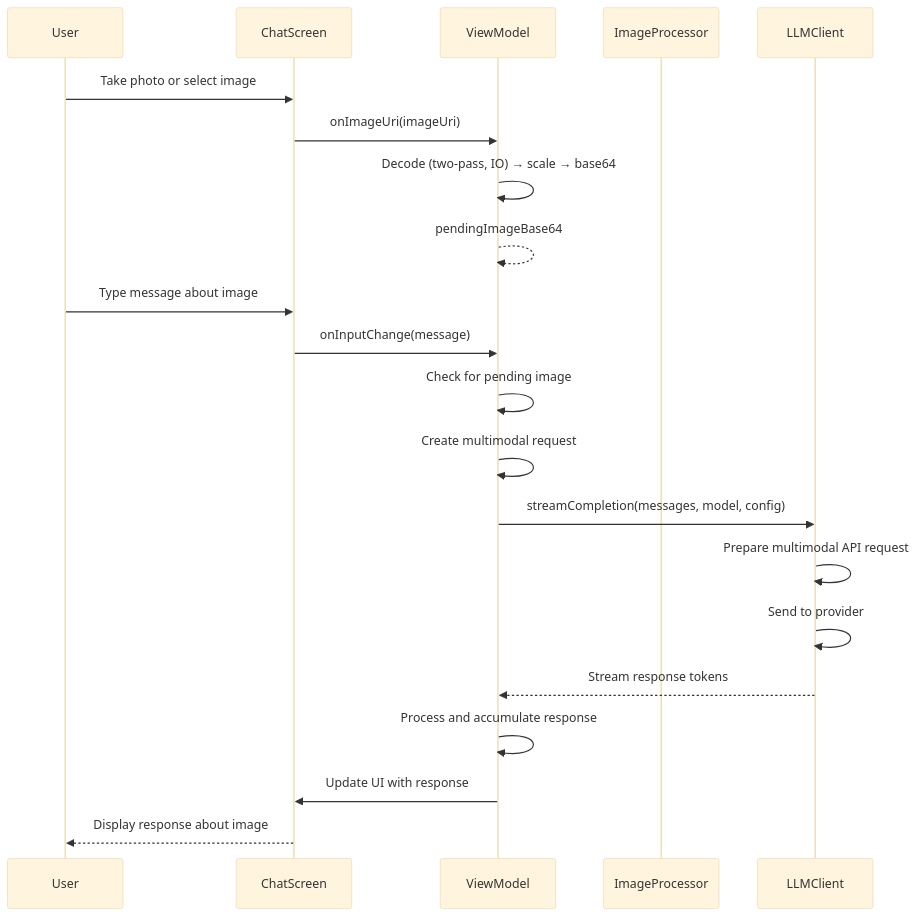
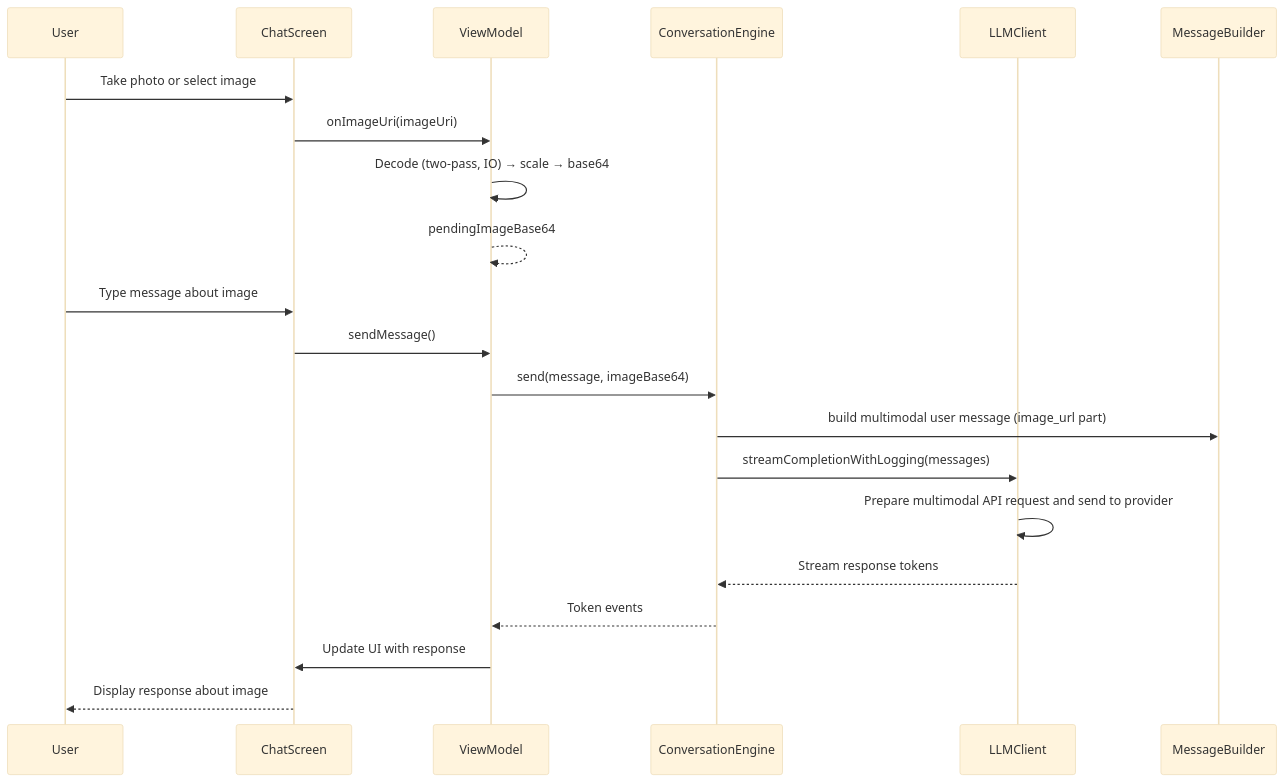
The fourth of 11 diagrams in docs/seq_chat.md (lehoang318/buddy), drawn with Mermaid (base theme) before and after one commit. The commit also changed other lines of this file and 11 other files, not shown here.

````diff
--- a/docs/seq_chat.md
+++ b/docs/seq_chat.md
@@ -117,24 +123,23 @@
 ```mermaid
 sequenceDiagram
     participant User
     participant ChatScreen
     participant ViewModel
-    participant ImageProcessor
+    participant Engine as ConversationEngine
     participant LLMClient
 
     User->>ChatScreen: Take photo or select image
     ChatScreen->>ViewModel: onImageUri(imageUri)
     ViewModel->>ViewModel: Decode (two-pass, IO) → scale → base64
     ViewModel-->>ViewModel: pendingImageBase64
     User->>ChatScreen: Type message about image
-    ChatScreen->>ViewModel: onInputChange(message)
-    ViewModel->>ViewModel: Check for pending image
-    ViewModel->>ViewModel: Create multimodal request
-    ViewModel->>LLMClient: streamCompletion(messages, model, config)
-    LLMClient->>LLMClient: Prepare multimodal API request
-    LLMClient->>LLMClient: Send to provider
-    LLMClient-->>ViewModel: Stream response tokens
-    ViewModel->>ViewModel: Process and accumulate response
+    ChatScreen->>ViewModel: sendMessage()
+    ViewModel->>Engine: send(message, imageBase64)
+    Engine->>MessageBuilder: build multimodal user message (image_url part)
+    Engine->>LLMClient: streamCompletionWithLogging(messages)
+    LLMClient->>LLMClient: Prepare multimodal API request and send to provider
+    LLMClient-->>Engine: Stream response tokens
+    Engine-->>ViewModel: Token events
     ViewModel->>ChatScreen: Update UI with response
     ChatScreen-->>User: Display response about image
 ```
````
